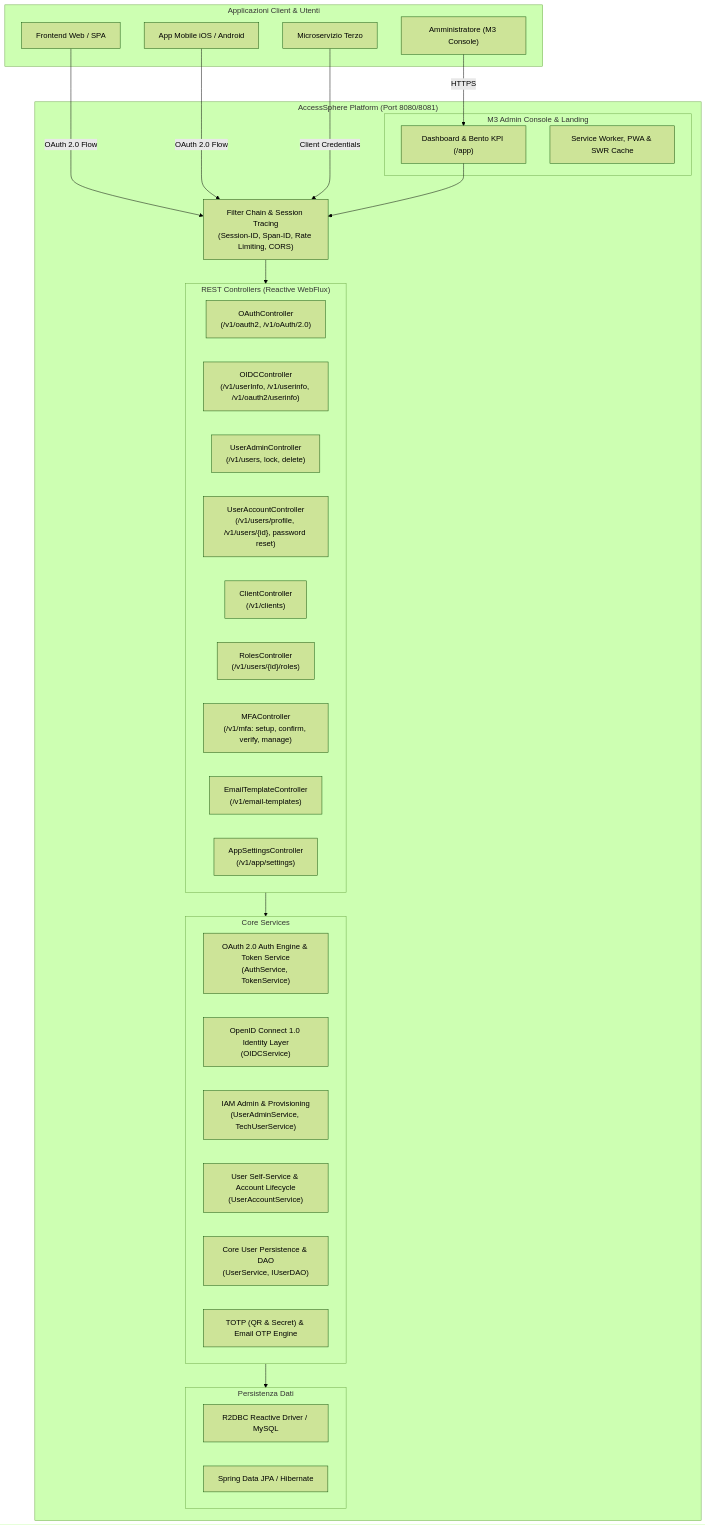
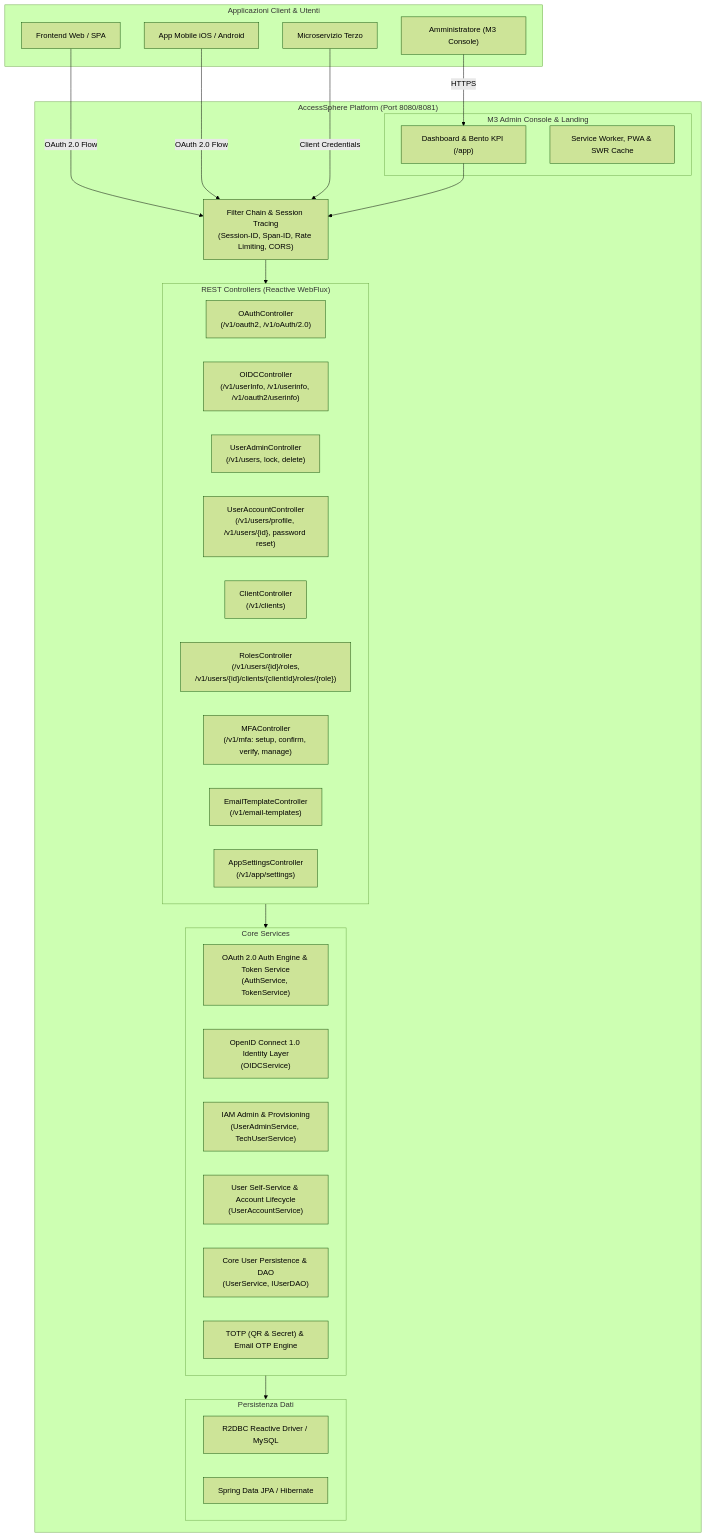
The diagram in README.md (giovannilamarmoraproject/Access-Sphere), drawn with Mermaid (forest theme) before and after one commit. The commit also changed other lines of this file and 30 other files, not shown here.

First line of the commit message:
feat(rbac): ✨ implement client-scoped roles and granular permissions

````diff
--- a/README.md
+++ b/README.md
@@ -80,54 +82,54 @@
 ```mermaid
 flowchart TD
     subgraph Clients["Applicazioni Client & Utenti"]
         SPA["Frontend Web / SPA"]
         MobileApp["App Mobile iOS / Android"]
         Microservice["Microservizio Terzo"]
         AdminUser["Amministratore (M3 Console)"]
     end
 
     subgraph AccessSphere["AccessSphere Platform (Port 8080/8081)"]
         Gateway["Filter Chain & Session Tracing\n(Session-ID, Span-ID, Rate Limiting, CORS)"]
         
         subgraph Endpoints["REST Controllers (Reactive WebFlux)"]
             OAuthCtrl["OAuthController\n(/v1/oauth2, /v1/oAuth/2.0)"]
             OIDCCtrl["OIDCController\n(/v1/userInfo, /v1/userinfo, /v1/oauth2/userinfo)"]
             UserAdminCtrl["UserAdminController\n(/v1/users, lock, delete)"]
             UserAccountCtrl["UserAccountController\n(/v1/users/profile, /v1/users/{id}, password reset)"]
             ClientCtrl["ClientController\n(/v1/clients)"]
-            RolesCtrl["RolesController\n(/v1/users/{id}/roles)"]
+            RolesCtrl["RolesController\n(/v1/users/{id}/roles,\n/v1/users/{id}/clients/{clientId}/roles/{role})"]
             MFACtrl["MFAController\n(/v1/mfa: setup, confirm, verify, manage)"]
             EmailTemplateCtrl["EmailTemplateController\n(/v1/email-templates)"]
             AppSettingsCtrl["AppSettingsController\n(/v1/app/settings)"]
         end
 
         subgraph Core["Core Services"]
             AuthEngine["OAuth 2.0 Auth Engine & Token Service\n(AuthService, TokenService)"]
             OIDCEngine["OpenID Connect 1.0 Identity Layer\n(OIDCService)"]
             IAMAdmin["IAM Admin & Provisioning\n(UserAdminService, TechUserService)"]
             IAMAccount["User Self-Service & Account Lifecycle\n(UserAccountService)"]
             UserPersistence["Core User Persistence & DAO\n(UserService, IUserDAO)"]
             MFAService["TOTP (QR & Secret) & Email OTP Engine"]
         end
 
         subgraph Storage["Persistenza Dati"]
             R2DBC["R2DBC Reactive Driver / MySQL"]
             JPA["Spring Data JPA / Hibernate"]
         end
 
         subgraph Frontend["M3 Admin Console & Landing"]
             M3Dashboard["Dashboard & Bento KPI (/app)"]
             PWA["Service Worker, PWA & SWR Cache"]
         end
     end
 
     SPA -->|OAuth 2.0 Flow| Gateway
     MobileApp -->|OAuth 2.0 Flow| Gateway
     Microservice -->|Client Credentials| Gateway
     AdminUser -->|HTTPS| M3Dashboard
 
     M3Dashboard --> Gateway
     Gateway --> Endpoints
     Endpoints --> Core
     Core --> Storage
 ```
````
